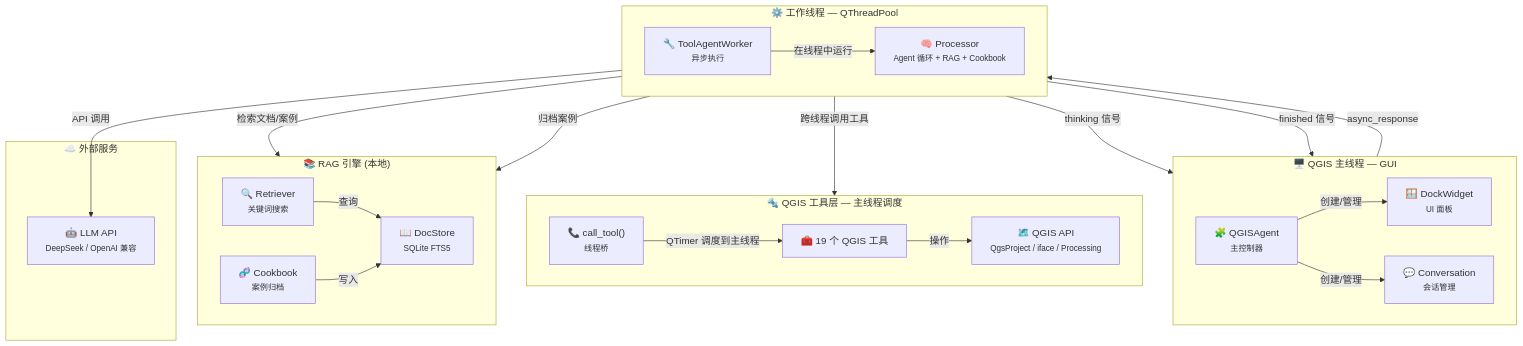
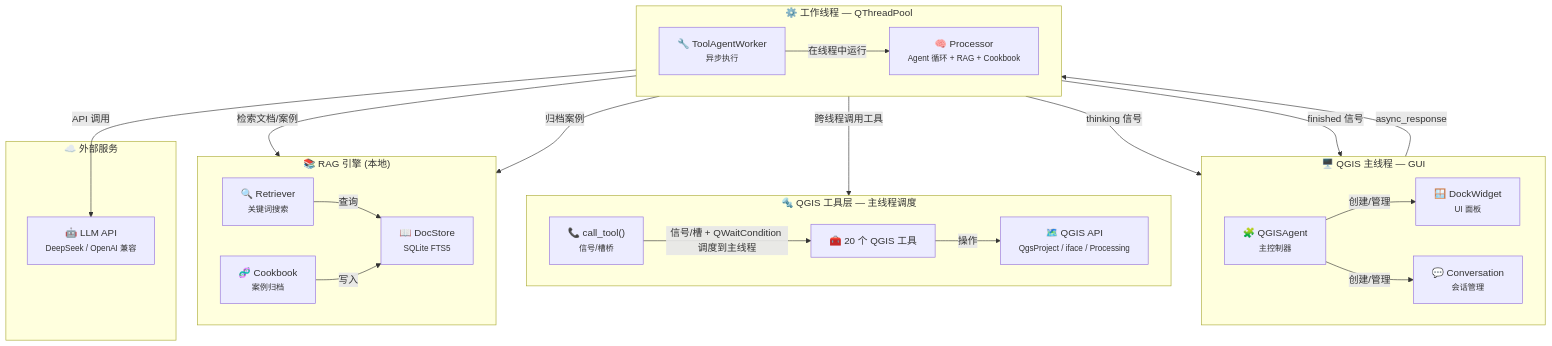
The diagram in README.md (bunkmr/qgis-agent), drawn with Mermaid before and after one commit. The commit also changed other lines of this file and 22 other files, not shown here.

````diff
--- a/README.md
+++ b/README.md
@@ -51,48 +50,48 @@
 ```mermaid
 graph TB
     subgraph UI["🖥️ QGIS 主线程 — GUI"]
         direction LR
         A["🧩 QGISAgent<br/><small>主控制器</small>"]
         B["🪟 DockWidget<br/><small>UI 面板</small>"]
         C["💬 Conversation<br/><small>会话管理</small>"]
     end
 
     subgraph WORKER["⚙️ 工作线程 — QThreadPool"]
         direction LR
         D["🔧 ToolAgentWorker<br/><small>异步执行</small>"]
         E["🧠 Processor<br/><small>Agent 循环 + RAG + Cookbook</small>"]
     end
 
     subgraph TOOLS["🔩 QGIS 工具层 — 主线程调度"]
         direction LR
-        F["📞 call_tool()<br/><small>线程桥</small>"]
-        G["🧰 19 个 QGIS 工具"]
+        F["📞 call_tool()<br/><small>信号/槽桥</small>"]
+        G["🧰 20 个 QGIS 工具"]
         H["🗺️ QGIS API<br/><small>QgsProject / iface / Processing</small>"]
     end
 
     subgraph RAG["📚 RAG 引擎 (本地)"]
         direction LR
         J["📖 DocStore<br/><small>SQLite FTS5</small>"]
         K["🔍 Retriever<br/><small>关键词搜索</small>"]
         L["🧬 Cookbook<br/><small>案例归档</small>"]
     end
 
     subgraph EXT["☁️ 外部服务"]
         I["🤖 LLM API<br/><small>DeepSeek / OpenAI 兼容</small>"]
     end
 
     A -->|创建/管理| B
     A -->|创建/管理| C
     C -->|async_response| D
     D -->|在线程中运行| E
     E -->|API 调用| I
     E -->|检索文档/案例| K
     K -->|查询| J
     E -->|跨线程调用工具| F
-    F -->|QTimer 调度到主线程| G
+    F -->|"信号/槽 + QWaitCondition 调度到主线程"| G
     G -->|操作| H
     E -->|归档案例| L
     L -->|写入| J
     E -->|thinking 信号| B
     E -->|finished 信号| A
 ```
````
